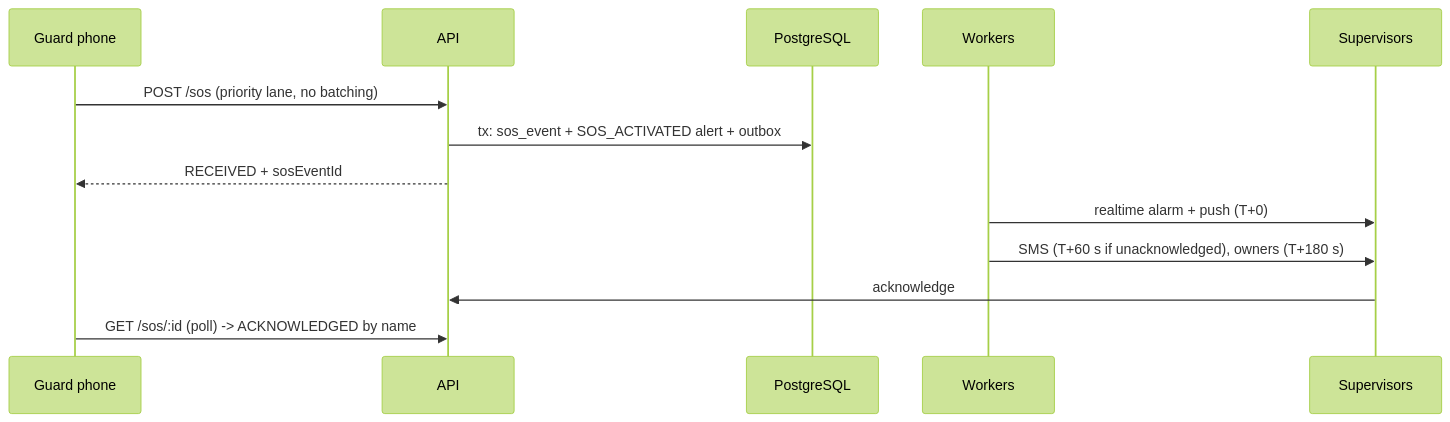
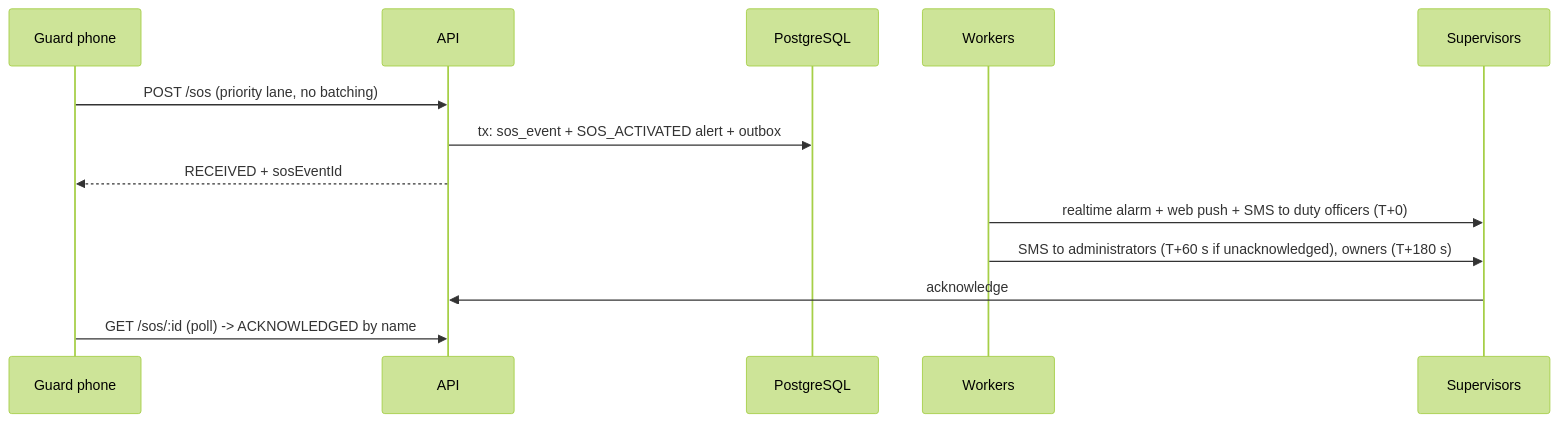
Before and after one commit to securitysentry21-cpu/Sentry-Application: the second of 2 diagrams in docs/ARCHITECTURE.md, drawn with Mermaid (forest theme). The commit also changed other lines of this file and 6 other files, not shown here.

````diff
--- a/docs/ARCHITECTURE.md
+++ b/docs/ARCHITECTURE.md
@@ -92,15 +94,15 @@
 ```mermaid
 sequenceDiagram
   participant P as Guard phone
   participant A as API
   participant DB as PostgreSQL
   participant W as Workers
   participant S as Supervisors
   P->>A: POST /sos (priority lane, no batching)
   A->>DB: tx: sos_event + SOS_ACTIVATED alert + outbox
   A-->>P: RECEIVED + sosEventId
-  W->>S: realtime alarm + push (T+0)
-  W->>S: SMS (T+60 s if unacknowledged), owners (T+180 s)
+  W->>S: realtime alarm + web push + SMS to duty officers (T+0)
+  W->>S: SMS to administrators (T+60 s if unacknowledged), owners (T+180 s)
   S->>A: acknowledge
   P->>A: GET /sos/:id (poll) -> ACKNOWLEDGED by name
 ```
````
